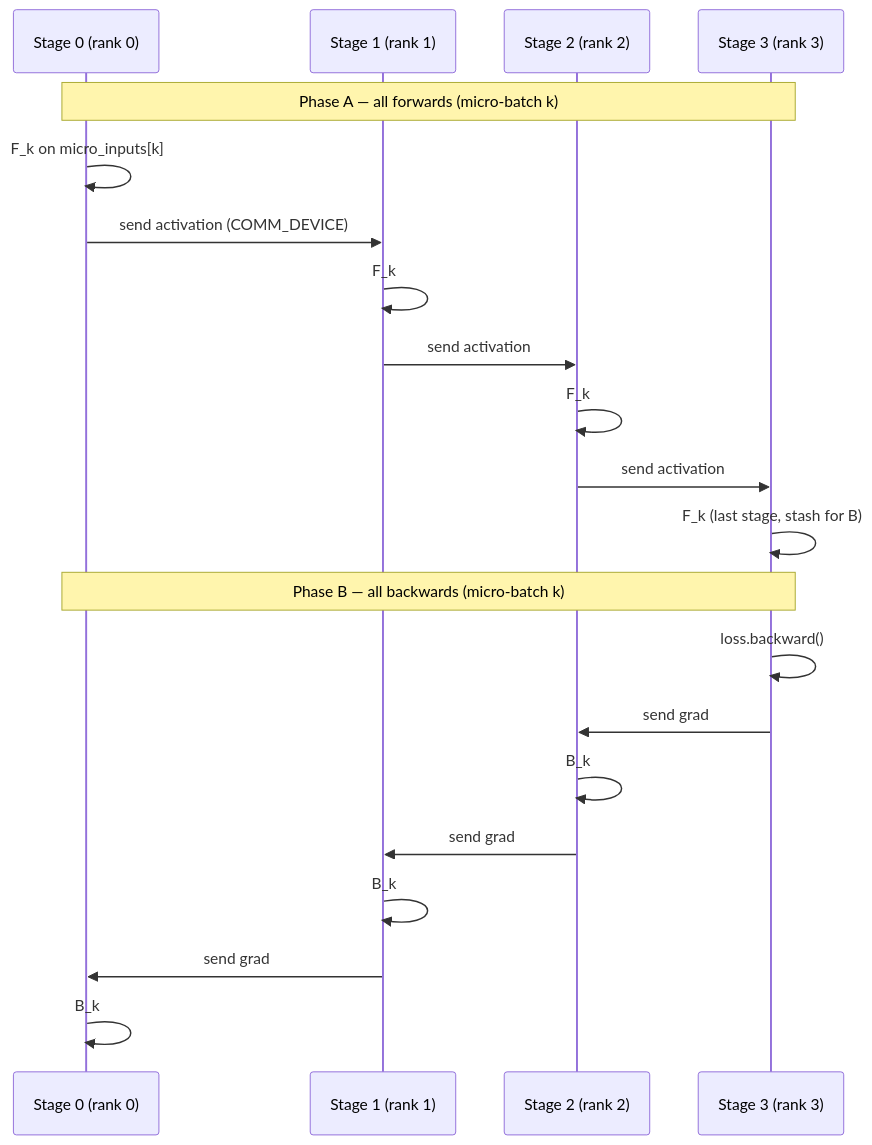
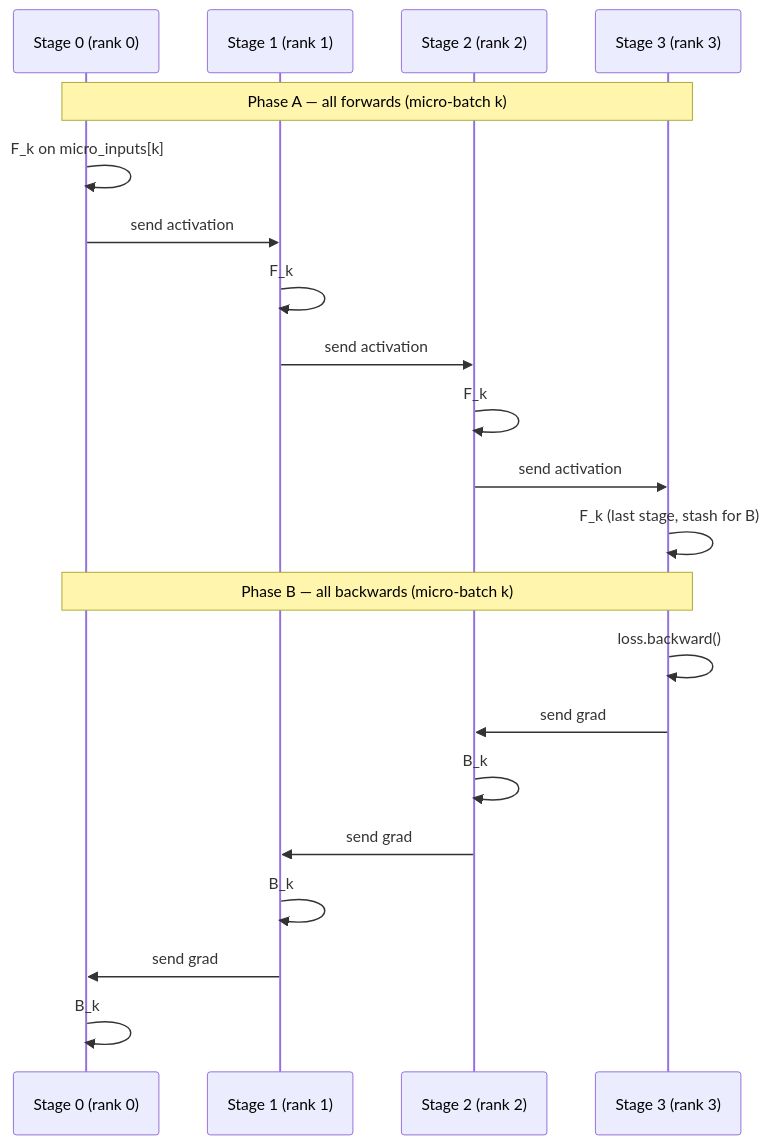
Before and after one commit to duoan/micro-trainer: the diagram in 3_pipeline_parallel/1_gpipe.md, drawn with Mermaid. The commit also changed other lines of this file and 43 other files, not shown here.

````diff
--- a/3_pipeline_parallel/1_gpipe.md
+++ b/3_pipeline_parallel/1_gpipe.md
@@ -39,25 +39,25 @@
 ```mermaid
 sequenceDiagram
     participant S0 as Stage 0 (rank 0)
     participant S1 as Stage 1 (rank 1)
     participant S2 as Stage 2 (rank 2)
     participant S3 as Stage 3 (rank 3)
 
     Note over S0,S3: Phase A — all forwards (micro-batch k)
     S0->>S0: F_k on micro_inputs[k]
-    S0->>S1: send activation (COMM_DEVICE)
+    S0->>S1: send activation
     S1->>S1: F_k
     S1->>S2: send activation
     S2->>S2: F_k
     S2->>S3: send activation
     S3->>S3: F_k (last stage, stash for B)
 
     Note over S0,S3: Phase B — all backwards (micro-batch k)
     S3->>S3: loss.backward()
     S3->>S2: send grad
     S2->>S2: B_k
     S2->>S1: send grad
     S1->>S1: B_k
     S1->>S0: send grad
     S0->>S0: B_k
 ```
````
